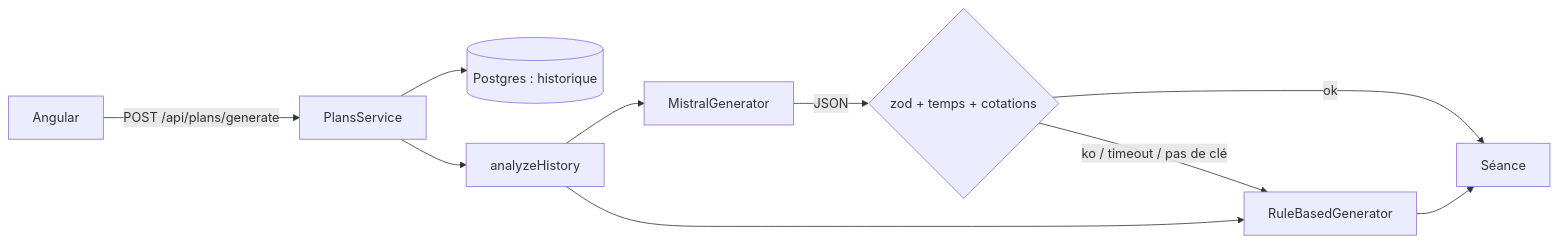
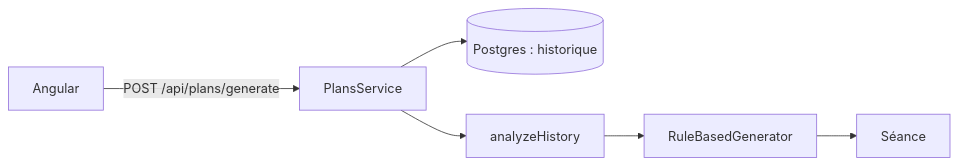
The diagram in README.md (Bastien-Gaillard/climb-coach), drawn with Mermaid before and after one commit. The commit also changed other lines of this file and 21 other files, not shown here.

First line of the commit message:
refactor: replace MistralGenerator with MistralClient across plans module

````diff
--- a/README.md
+++ b/README.md
@@ -49,12 +49,8 @@
 ```mermaid
 flowchart LR
   W[Angular] -->|POST /api/plans/generate| P[PlansService]
   P --> H[(Postgres : historique)]
   P --> A[analyzeHistory]
-  A --> M[MistralGenerator]
-  M -->|JSON| V{zod + temps + cotations}
-  V -->|ok| R[Séance]
-  V -->|ko / timeout / pas de clé| RB[RuleBasedGenerator]
-  A --> RB
-  RB --> R
+  A --> RB[RuleBasedGenerator]
+  RB --> R[Séance]
 ```
````
